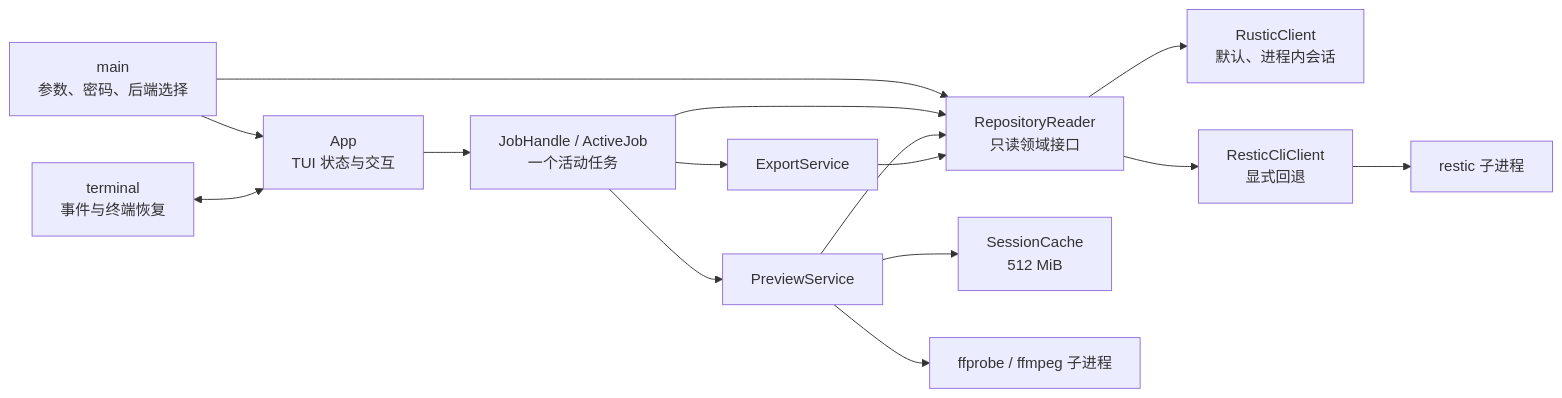
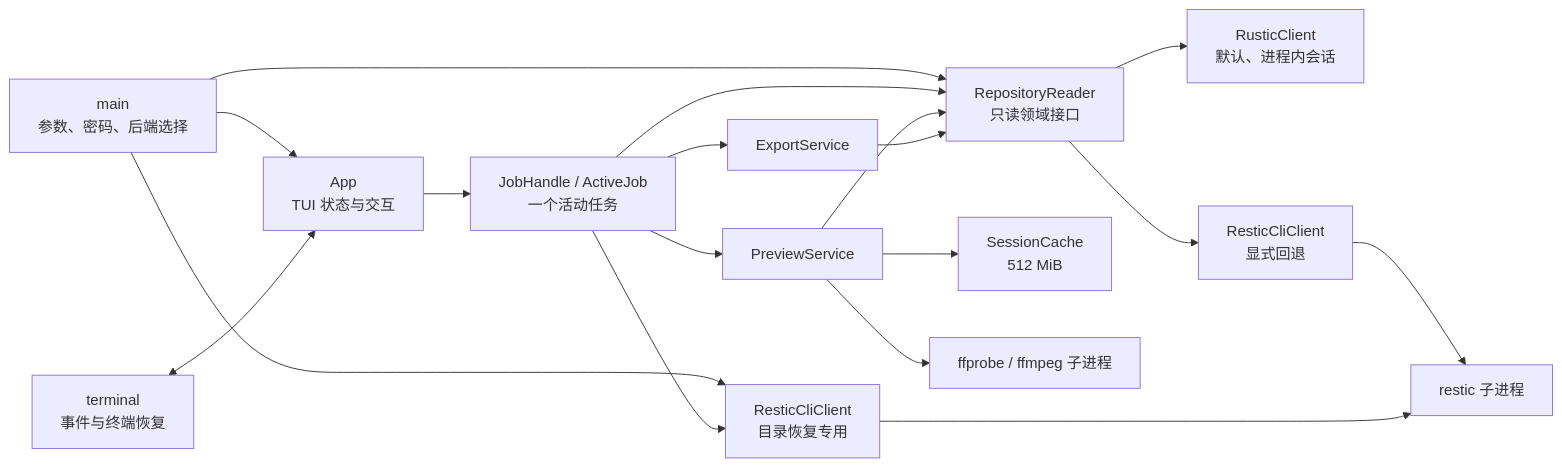
Before and after one commit to hu-ximing/restic-browser: the diagram in docs/architecture.md, drawn with Mermaid. The commit also changed other lines of this file and 10 other files, not shown here.

Commit message:
feat: support directory export via restic restore

````diff
--- a/docs/architecture.md
+++ b/docs/architecture.md
@@ -10,17 +10,20 @@
 ```mermaid
 flowchart LR
     Main["main<br/>参数、密码、后端选择"] --> Repo["RepositoryReader<br/>只读领域接口"]
     Repo --> Rustic["RusticClient<br/>默认、进程内会话"]
     Repo --> CLI["ResticCliClient<br/>显式回退"]
+    Main --> RestoreCLI["ResticCliClient<br/>目录恢复专用"]
     Main --> App["App<br/>TUI 状态与交互"]
     Terminal["terminal<br/>事件与终端恢复"] <--> App
     App --> Jobs["JobHandle / ActiveJob<br/>一个活动任务"]
     Jobs --> Repo
     Jobs --> Preview["PreviewService"]
     Jobs --> Export["ExportService"]
+    Jobs --> RestoreCLI
     Preview --> Repo
     Export --> Repo
     Preview --> Cache["SessionCache<br/>512 MiB"]
     CLI --> ResticExe["restic 子进程"]
+    RestoreCLI --> ResticExe
     Preview --> Media["ffprobe / ffmpeg 子进程"]
 ```
````
